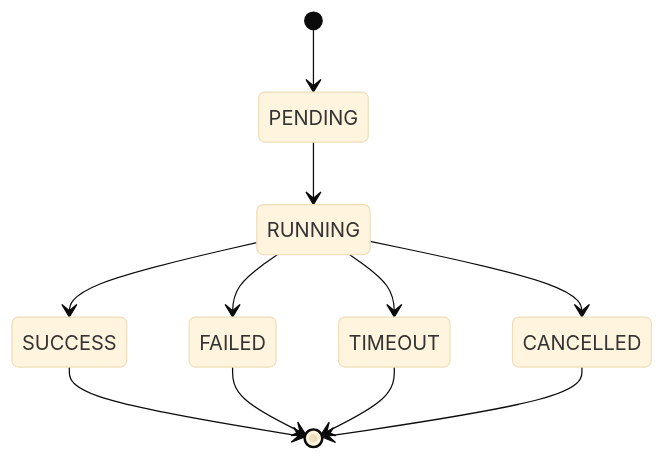
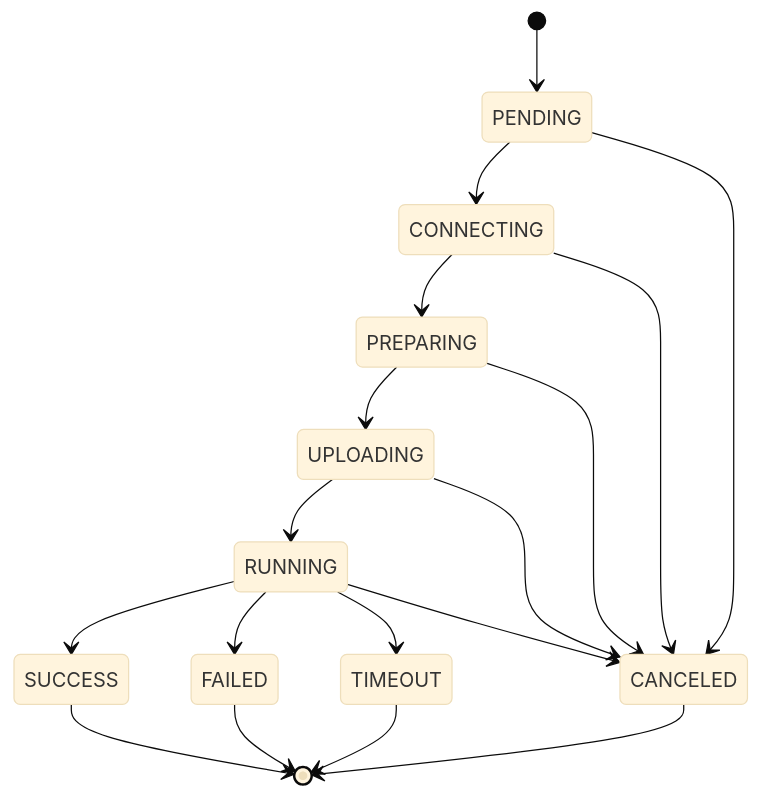
Before and after one commit to mjzappzz/hpc-deploy: the second of 2 diagrams in docs/architecture.md, drawn with Mermaid (base theme). The commit also changed other lines of this file and 5 other files, not shown here.

First line of the commit message:
docs: 文档收口 — README、architecture、development-stages、mvp-acceptance、progress 同步至 11E 状态

````diff
--- a/docs/architecture.md
+++ b/docs/architecture.md
@@ -744,13 +124,20 @@
 ```mermaid
 stateDiagram-v2
     [*] --> PENDING
-    PENDING --> RUNNING
+    PENDING --> CONNECTING
+    CONNECTING --> PREPARING
+    PREPARING --> UPLOADING
+    UPLOADING --> RUNNING
     RUNNING --> SUCCESS
     RUNNING --> FAILED
     RUNNING --> TIMEOUT
-    RUNNING --> CANCELLED
+    RUNNING --> CANCELED
+    CONNECTING --> CANCELED
+    PREPARING --> CANCELED
+    UPLOADING --> CANCELED
+    PENDING --> CANCELED
     SUCCESS --> [*]
     FAILED --> [*]
     TIMEOUT --> [*]
-    CANCELLED --> [*]
+    CANCELED --> [*]
 ```
````
